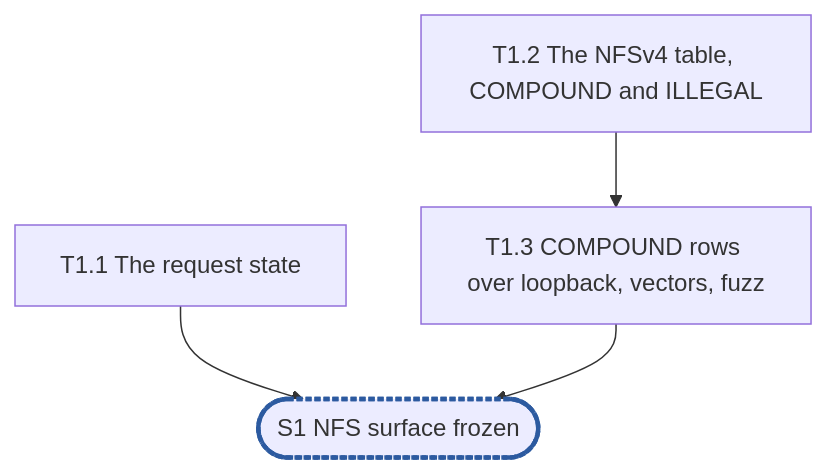
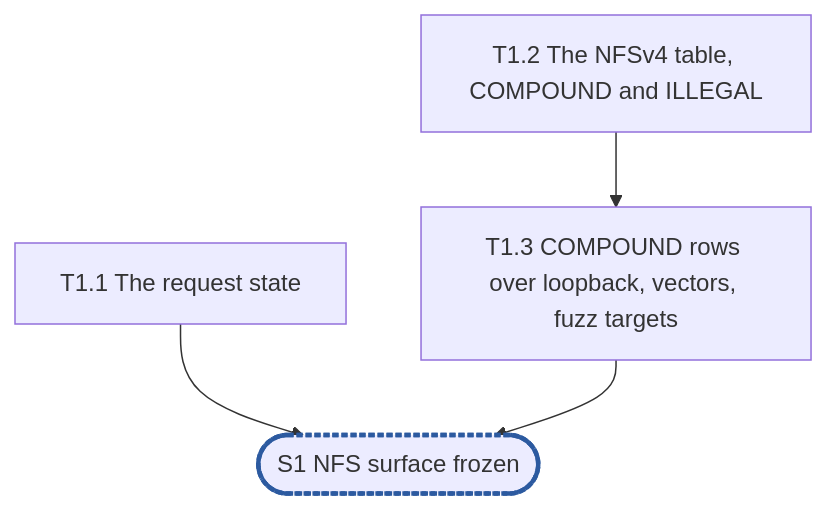
One commit to cubbit/dittofs changed the diagram in .planning/rfc-21-nfs-epic1.md. Above: the diagram before and after it, drawn with Mermaid. The commit also changed other lines of this file and 2 other files, not shown here.

````diff
--- a/.planning/rfc-21-nfs-epic1.md
+++ b/.planning/rfc-21-nfs-epic1.md
@@ -378,7 +413,7 @@
 ```mermaid
 flowchart TD
   T1_1["T1.1 The request state"]
-  T1_2["T1.2 The NFSv4 table, COMPOUND and ILLEGAL"] --> T1_3["T1.3 COMPOUND rows over loopback, vectors, fuzz"]
+  T1_2["T1.2 The NFSv4 table, COMPOUND and ILLEGAL"] --> T1_3["T1.3 COMPOUND rows over loopback, vectors, fuzz targets"]
   T1_1 & T1_3 --> S1(["S1 NFS surface frozen"]):::sync
   classDef sync stroke:#2c5aa0,stroke-width:3px,stroke-dasharray:4 2
 ```
````
